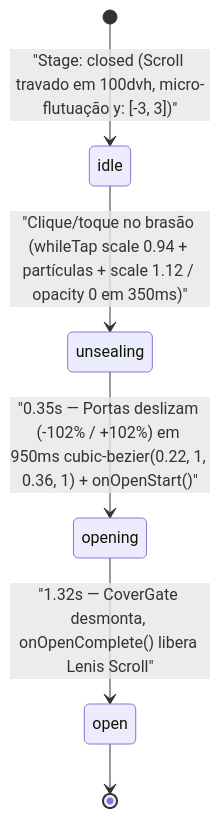
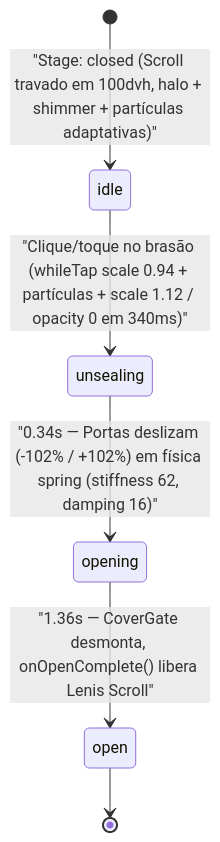
The diagram in Docs/02-envelope-3d-e-animacoes.md (gomeslxy/carol-convite), drawn with Mermaid before and after one commit. The commit also changed other lines of this file and 12 other files, not shown here.

````diff
--- a/Docs/02-envelope-3d-e-animacoes.md
+++ b/Docs/02-envelope-3d-e-animacoes.md
@@ -34,8 +34,8 @@
 ```mermaid
 stateDiagram-v2
-    [*] --> idle : "Stage: closed (Scroll travado em 100dvh, micro-flutuação y: [-3, 3])"
-    idle --> unsealing : "Clique/toque no brasão (whileTap scale 0.94 + partículas + scale 1.12 / opacity 0 em 350ms)"
-    unsealing --> opening : "0.35s — Portas deslizam (-102% / +102%) em 950ms cubic-bezier(0.22, 1, 0.36, 1) + onOpenStart()"
-    opening --> open : "1.32s — CoverGate desmonta, onOpenComplete() libera Lenis Scroll"
+    [*] --> idle : "Stage: closed (Scroll travado em 100dvh, halo + shimmer + partículas adaptativas)"
+    idle --> unsealing : "Clique/toque no brasão (whileTap scale 0.94 + partículas + scale 1.12 / opacity 0 em 340ms)"
+    unsealing --> opening : "0.34s — Portas deslizam (-102% / +102%) em física spring (stiffness 62, damping 16)"
+    opening --> open : "1.36s — CoverGate desmonta, onOpenComplete() libera Lenis Scroll"
     open --> [*]
 ```
````
